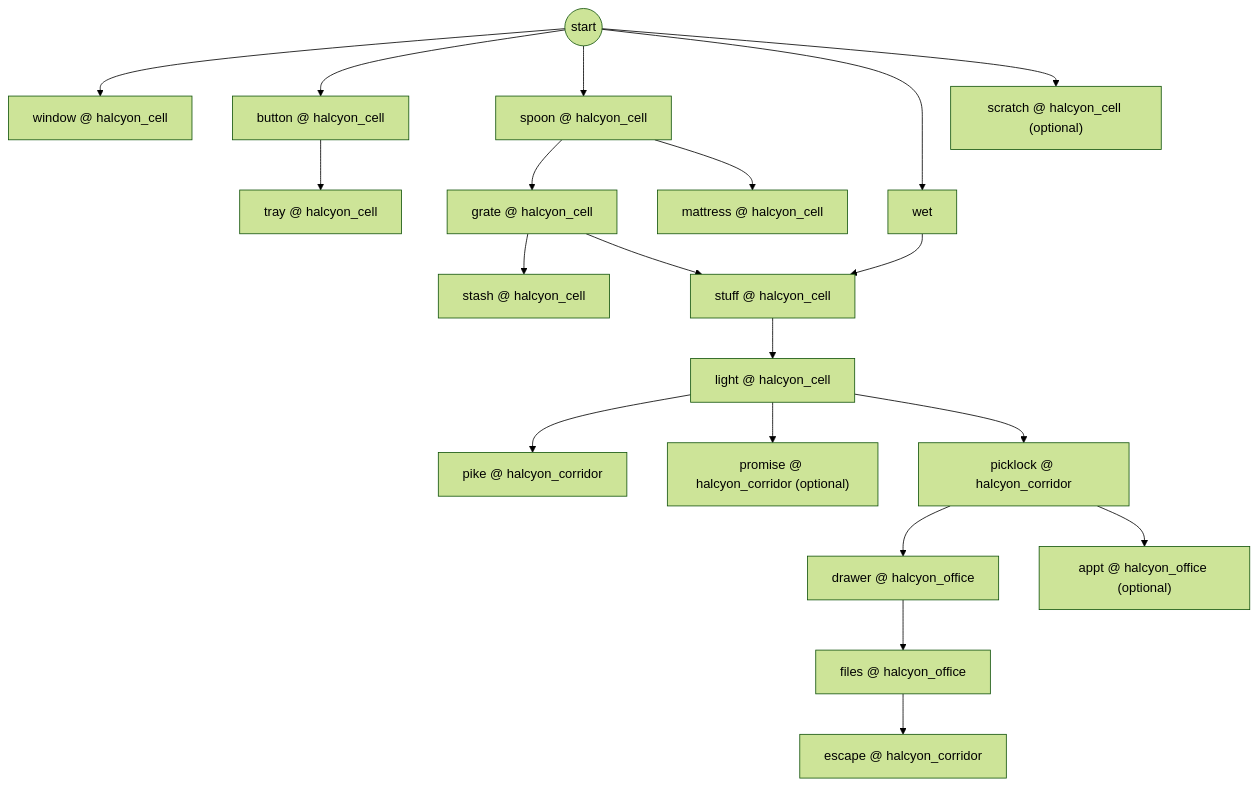
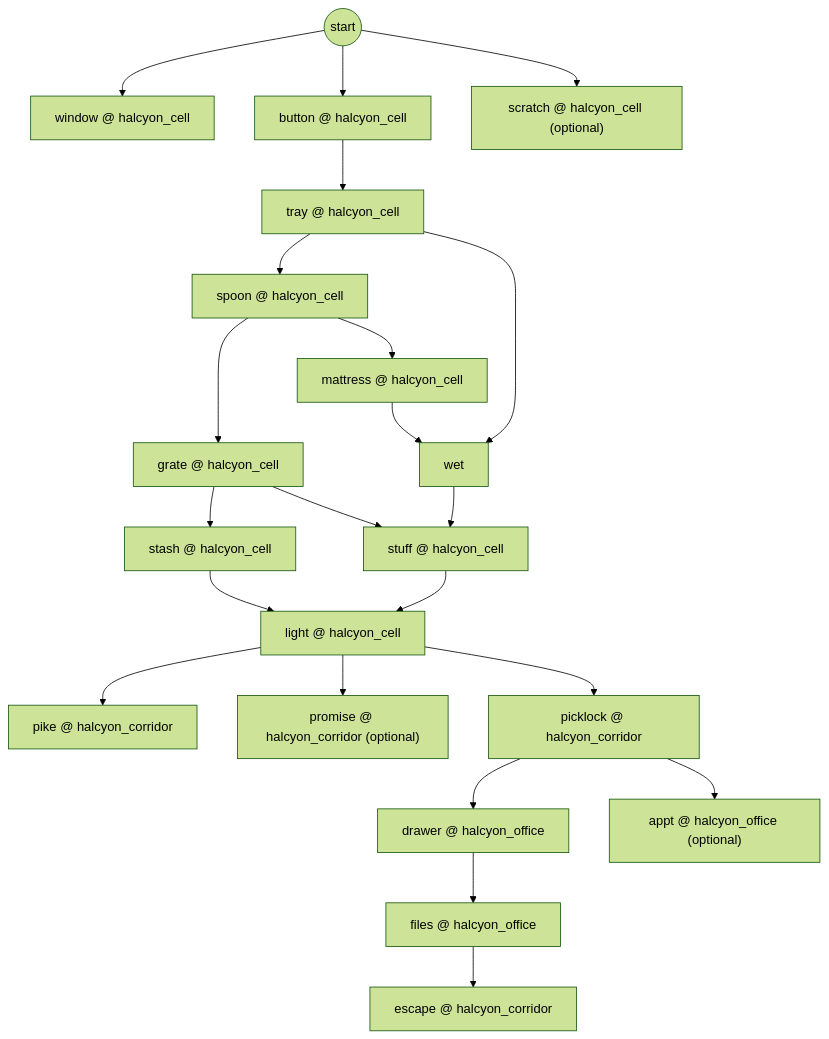
One commit to GasPhil1968/kolo-srece changed the fourth of 8 diagrams in nightlatch/docs/PUZZLE_GRAPH.md. Above: the diagram before and after it, drawn with Mermaid (forest theme). The commit also changed other lines of this file and 216 other files, not shown here.

````diff
--- a/nightlatch/docs/PUZZLE_GRAPH.md
+++ b/nightlatch/docs/PUZZLE_GRAPH.md
@@ -262,41 +268,43 @@
 ```mermaid
 flowchart TD
   start4((start))
   c4_window["window @ halcyon_cell"]
   c4_button["button @ halcyon_cell"]
   c4_tray["tray @ halcyon_cell"]
   c4_spoon["spoon @ halcyon_cell"]
   c4_grate["grate @ halcyon_cell"]
   c4_stash["stash @ halcyon_cell"]
   c4_mattress["mattress @ halcyon_cell"]
   c4_wet["wet"]
   c4_stuff["stuff @ halcyon_cell"]
   c4_light["light @ halcyon_cell"]
   c4_scratch["scratch @ halcyon_cell (optional)"]
   c4_pike["pike @ halcyon_corridor"]
   c4_promise["promise @ halcyon_corridor (optional)"]
   c4_picklock["picklock @ halcyon_corridor"]
   c4_drawer["drawer @ halcyon_office"]
   c4_files["files @ halcyon_office"]
   c4_appt["appt @ halcyon_office (optional)"]
   c4_escape["escape @ halcyon_corridor"]
   start4 --> c4_window
   start4 --> c4_button
   c4_button --> c4_tray
-  start4 --> c4_spoon
+  c4_tray --> c4_spoon
   c4_spoon --> c4_grate
   c4_grate --> c4_stash
   c4_spoon --> c4_mattress
-  start4 --> c4_wet
+  c4_mattress --> c4_wet
+  c4_tray --> c4_wet
   c4_wet --> c4_stuff
   c4_grate --> c4_stuff
   c4_stuff --> c4_light
+  c4_stash --> c4_light
   start4 --> c4_scratch
   c4_light --> c4_pike
   c4_light --> c4_promise
   c4_light --> c4_picklock
   c4_picklock --> c4_drawer
   c4_drawer --> c4_files
   c4_picklock --> c4_appt
   c4_files --> c4_escape
 ```
````
